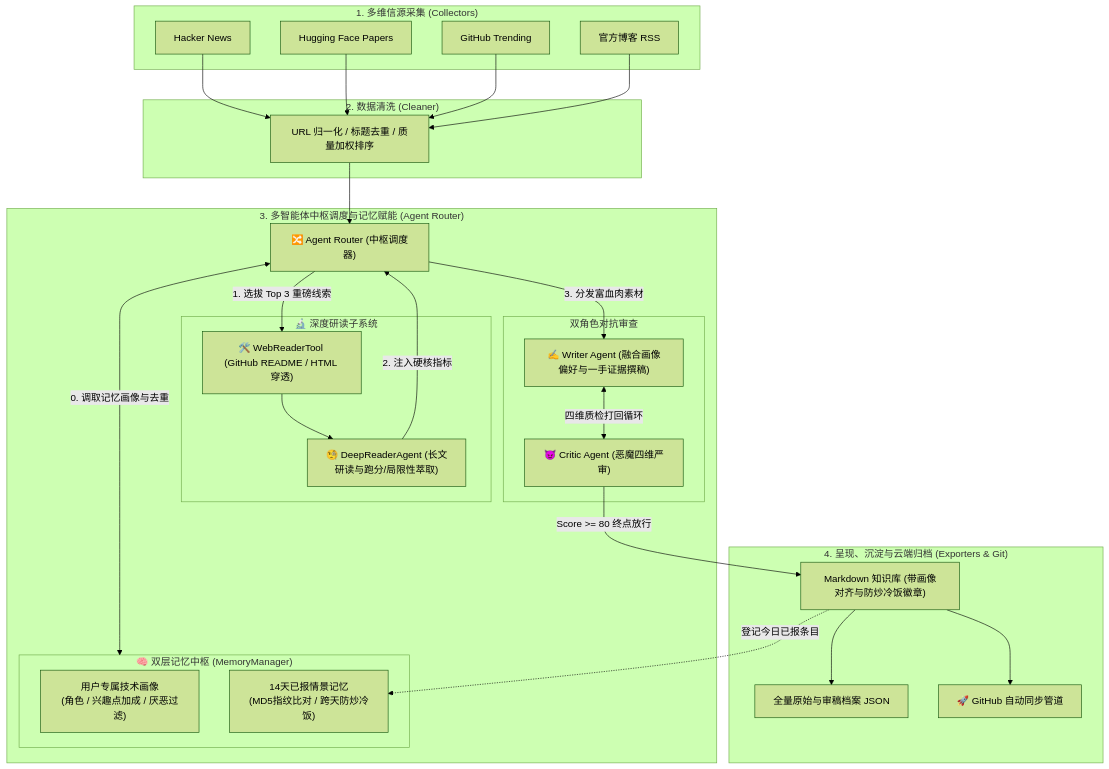
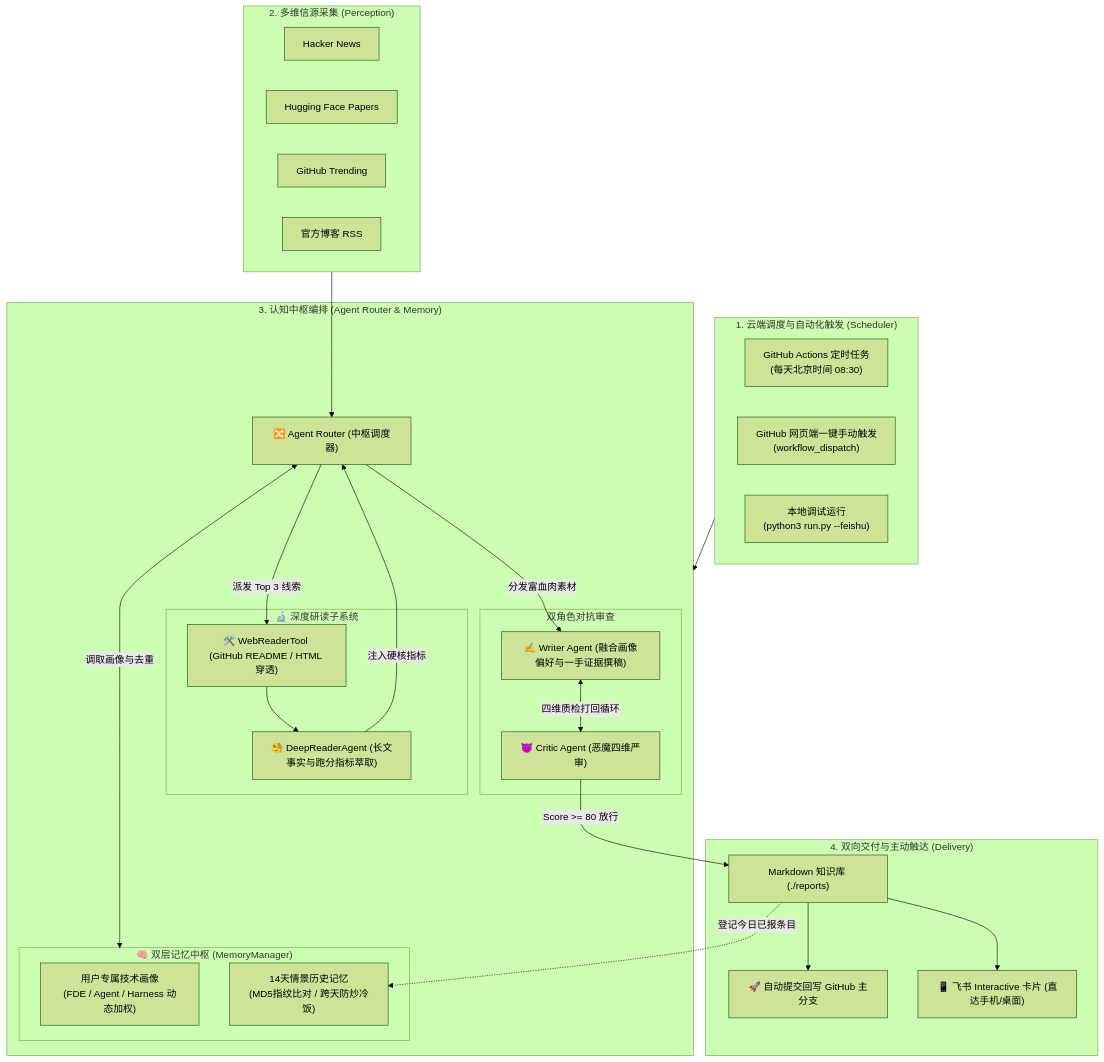
Before and after one commit to cheeseooh-ctrl/AI-Knowledge-Agent: the diagram in README.md, drawn with Mermaid (forest theme). The commit also changed other lines of this file and 8 other files, not shown here.

Commit message:
feat(v2.0.0): 实现 GitHub Actions 云端全托管与飞书多维交互卡片推送

````diff
--- a/README.md
+++ b/README.md
@@ -31,56 +35,54 @@
 ```mermaid
 flowchart TD
-    subgraph S1["1. 多维信源采集 (Collectors)"]
+    subgraph Trigger["1. 云端调度与自动化触发 (Scheduler)"]
+        Cron["GitHub Actions 定时任务<br>(每天北京时间 08:30)"]
+        Manual["GitHub 网页端一键手动触发<br>(workflow_dispatch)"]
+        Local["本地调试运行<br>(python3 run.py --feishu)"]
+    end
+
+    subgraph Perception["2. 多维信源采集 (Perception)"]
         HN["Hacker News"]
         HF["Hugging Face Papers"]
         GH["GitHub Trending"]
         RSS["官方博客 RSS"]
     end
 
-    subgraph S2["2. 数据清洗 (Cleaner)"]
-        Clean["URL 归一化 / 标题去重 / 质量加权排序"]
-    end
-
-    subgraph S3["3. 多智能体中枢调度与记忆赋能 (Agent Router)"]
+    subgraph Cognitive["3. 认知中枢编排 (Agent Router & Memory)"]
         Router["🔀 Agent Router (中枢调度器)"]
         
         subgraph Memory["🧠 双层记忆中枢 (MemoryManager)"]
-            Profile["用户专属技术画像<br>(角色 / 兴趣点加成 / 厌恶过滤)"]
-            History["14天已报情景记忆<br>(MD5指纹比对 / 跨天防炒冷饭)"]
+            Profile["用户专属技术画像<br>(FDE / Agent / Harness 动态加权)"]
+            History["14天情景历史记忆<br>(MD5指纹比对 / 跨天防炒冷饭)"]
         end
 
         subgraph Deep["🔬 深度研读子系统"]
             Tool["🛠️ WebReaderTool (GitHub README / HTML 穿透)"]
-            DeepAgent["🧐 DeepReaderAgent (长文研读与跑分/局限性萃取)"]
+            DeepAgent["🧐 DeepReaderAgent (长文事实与跑分指标萃取)"]
             Tool --> DeepAgent
         end
 
         subgraph Debate["双角色对抗审查"]
             Writer["✍️ Writer Agent (融合画像偏好与一手证据撰稿)"]
             Critic["😈 Critic Agent (恶魔四维严审)"]
             Writer <-->|四维质检打回循环| Critic
         end
 
-        Router <-->|0. 调取记忆画像与去重| Memory
-        Router -->|1. 选拔 Top 3 重磅线索| Tool
-        DeepAgent -->|2. 注入硬核指标| Router
-        Router -->|3. 分发富血肉素材| Writer
+        Router <-->|调取画像与去重| Memory
+        Router -->|派发 Top 3 线索| Tool
+        DeepAgent -->|注入硬核指标| Router
+        Router -->|分发富血肉素材| Writer
     end
 
-    subgraph S4["4. 呈现、沉淀与云端归档 (Exporters & Git)"]
-        MD["Markdown 知识库 (带画像对齐与防炒冷饭徽章)"]
-        JSON["全量原始与审稿档案 JSON"]
-        GitPush["🚀 GitHub 自动同步管道"]
+    subgraph Delivery["4. 双向交付与主动触达 (Delivery)"]
+        MD["Markdown 知识库 (./reports)"]
+        GitCommit["🚀 自动提交回写 GitHub 主分支"]
+        FeishuCard["📱 飞书 Interactive 卡片 (直达手机/桌面)"]
     end
 
-    HN --> Clean
-    HF --> Clean
-    GH --> Clean
-    RSS --> Clean
-
-    Clean --> Router
-    Critic -->|Score >= 80 终点放行| MD
-    MD --> JSON
-    MD --> GitPush
+    Trigger --> Cognitive
+    Perception --> Router
+    Critic -->|Score >= 80 放行| MD
+    MD --> GitCommit
+    MD --> FeishuCard
     MD -.->|登记今日已报条目| History
 ```
````
